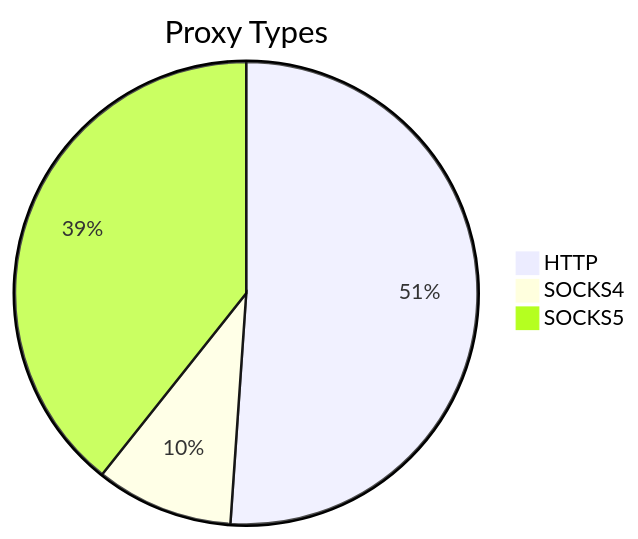
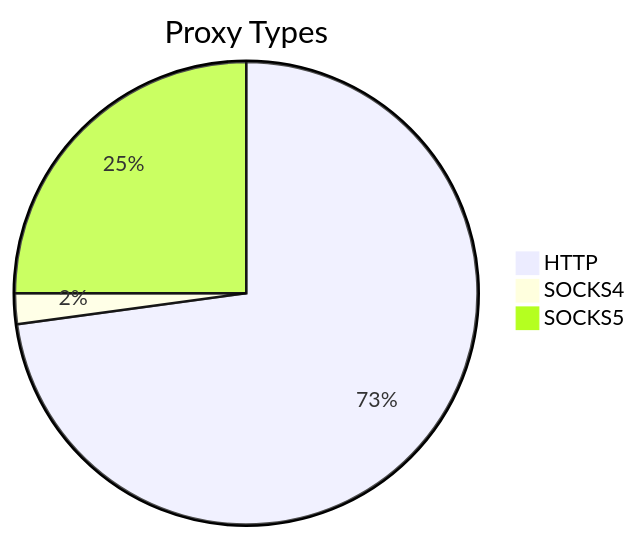
Before and after one commit to stormsia/proxy-list: the first of 2 diagrams in README.md, drawn with Mermaid. The commit also changed other lines of this file, not shown here.

````diff
--- a/README.md
+++ b/README.md
@@ -21,6 +21,6 @@
 ```mermaid
 pie title Proxy Types
-    "HTTP" : 117
-    "SOCKS4" : 22
-    "SOCKS5" : 90
+    "HTTP" : 102
+    "SOCKS4" : 3
+    "SOCKS5" : 35
 ```
````
